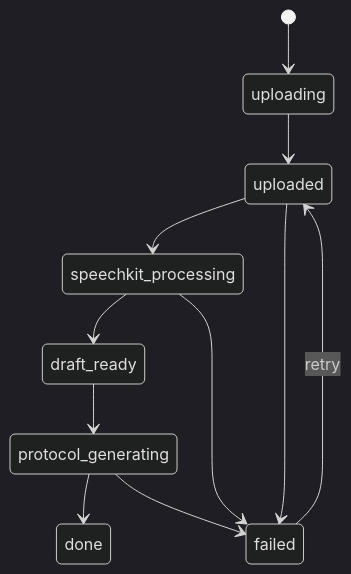
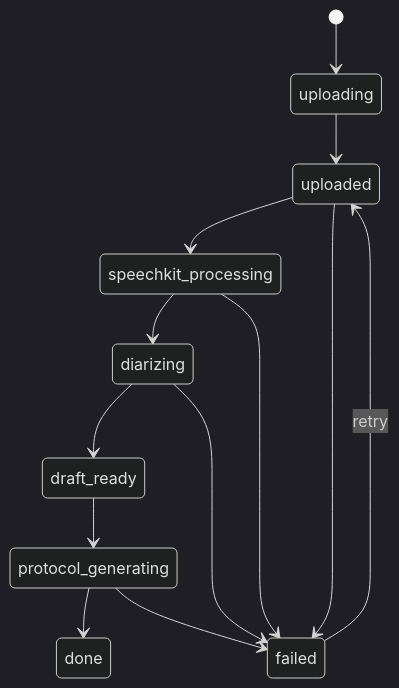
The first of 3 diagrams in docs/project-handbook/04-system-analysis/state-and-sequence.md (Gumbatali/YaSpeech-Public), drawn with Mermaid (dark theme) before and after one commit. The commit also changed other lines of this file and 17 other files, not shown here.

````diff
--- a/docs/project-handbook/04-system-analysis/state-and-sequence.md
+++ b/docs/project-handbook/04-system-analysis/state-and-sequence.md
@@ -5,13 +5,15 @@
 ```mermaid
 stateDiagram-v2
   [*] --> uploading
   uploading --> uploaded
   uploaded --> speechkit_processing
-  speechkit_processing --> draft_ready
+  speechkit_processing --> diarizing
+  diarizing --> draft_ready
   draft_ready --> protocol_generating
   protocol_generating --> done
   uploaded --> failed
   speechkit_processing --> failed
+  diarizing --> failed
   protocol_generating --> failed
   failed --> uploaded : retry
 ```
````
